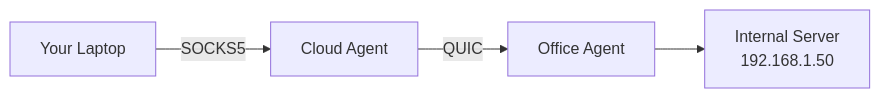
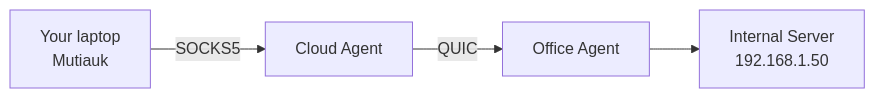
The second of 4 diagrams in docs/docs/intro.md (Muti-Metroo/Muti-Metroo), drawn with Mermaid before and after one commit. The commit also changed other lines of this file and 36 other files, not shown here.

````diff
--- a/docs/docs/intro.md
+++ b/docs/docs/intro.md
@@ -61,6 +62,6 @@
 ```mermaid
 flowchart LR
-    Laptop[Your Laptop] -->|SOCKS5| Cloud[Cloud Agent]
+    Laptop[Your laptop<br/>Mutiauk] -->|SOCKS5| Cloud[Cloud Agent]
     Cloud -->|QUIC| Office[Office Agent]
     Office --> Internal[Internal Server<br/>192.168.1.50]
 ```
````
